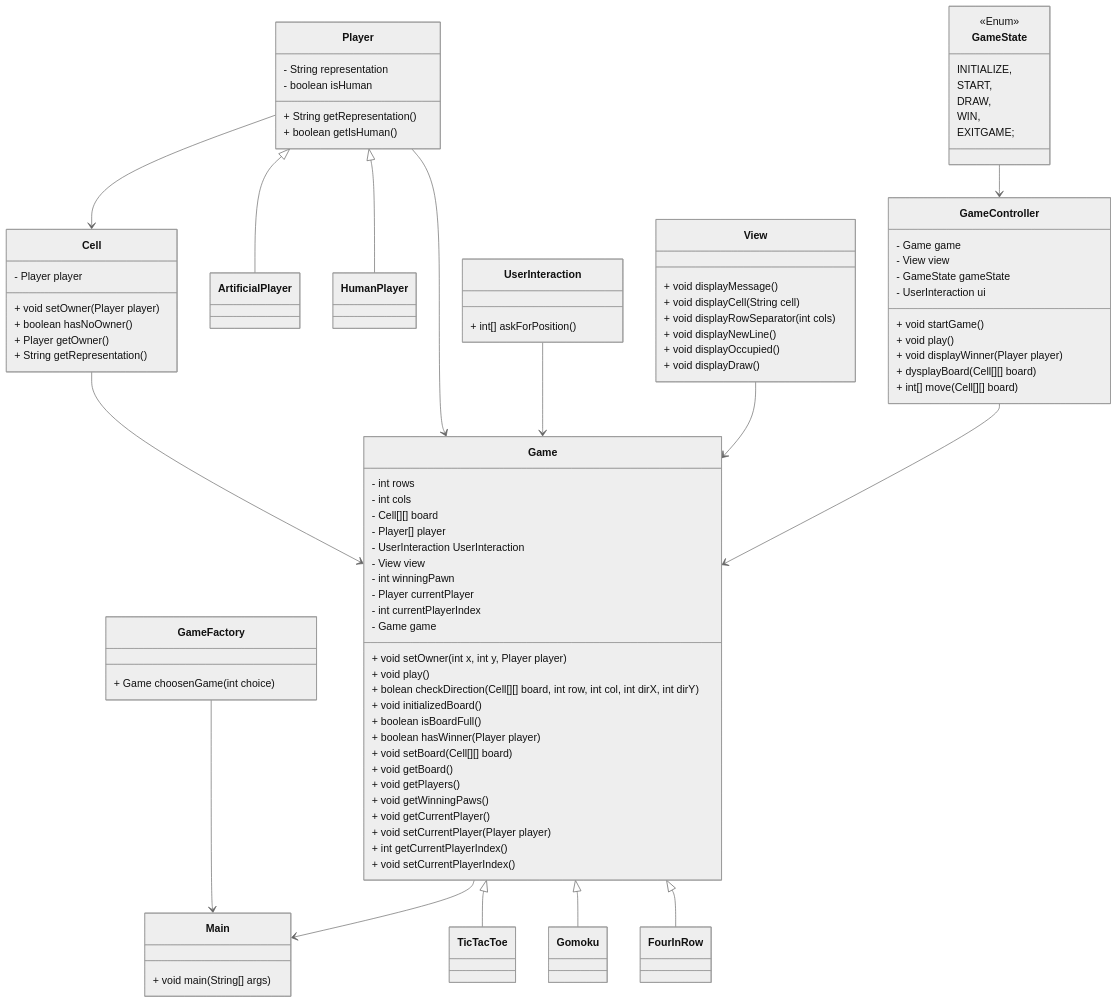
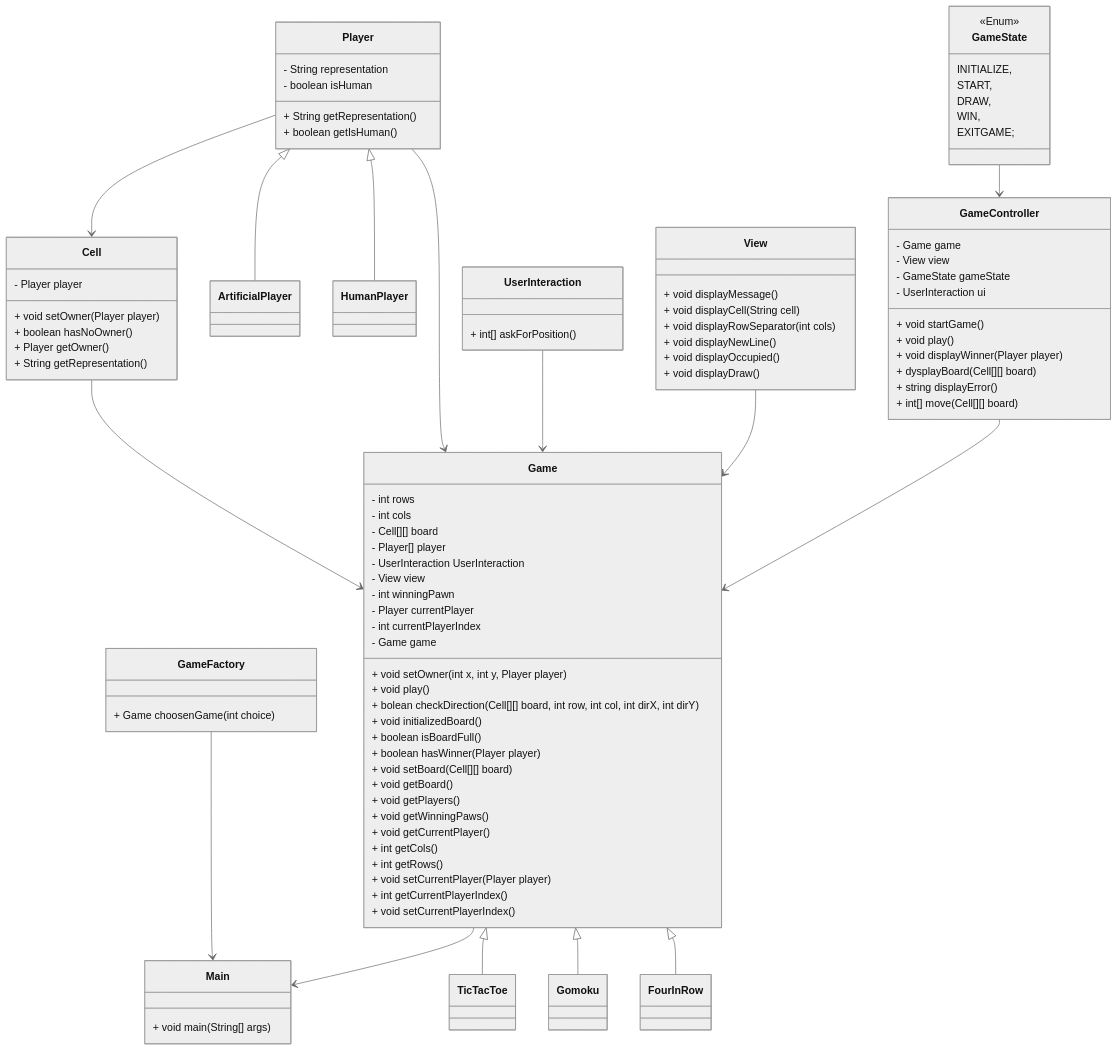
Before and after one commit to AntoineQtn/TicTacToe: the diagram in README.md, drawn with Mermaid (neutral theme). The commit also changed other lines of this file and 4 other files, not shown here.

````diff
--- a/README.md
+++ b/README.md
@@ -42,6 +49,8 @@
         + void getPlayers()
         + void getWinningPaws()
         + void getCurrentPlayer()
+        + int getCols()
+        + int getRows()
         + void setCurrentPlayer(Player player)
         + int getCurrentPlayerIndex()
         + void setCurrentPlayerIndex()
@@ -52,7 +61,7 @@
     class TicTacToe {
 
     }
-
+  
 
     class FourInRow {
 
@@ -93,7 +102,7 @@
         + void displayMessage()
         + void displayCell(String cell)
         + void displayRowSeparator(int cols)
-        + void displayNewLine()
+        + void displayNewLine() 
         + void displayOccupied()
         + void displayDraw()
     }
@@ -107,9 +116,10 @@
         + void play()
         + void displayWinner(Player player)
         + dysplayBoard(Cell[][] board)
+        + string displayError()
         + int[] move(Cell[][] board)
     }
-
+      
 class GameFactory {
 
 + Game choosenGame(int choice)
@@ -136,7 +146,7 @@
     Game <|-- Gomoku
     Game <|-- FourInRow
 
-
+                 
     Cell --> Game
     Player --> Game
     UserInteraction --> Game
@@ -147,4 +157,5 @@
     Player <|-- HumanPlayer
 
     GameController-->Game
+
 ```
````
